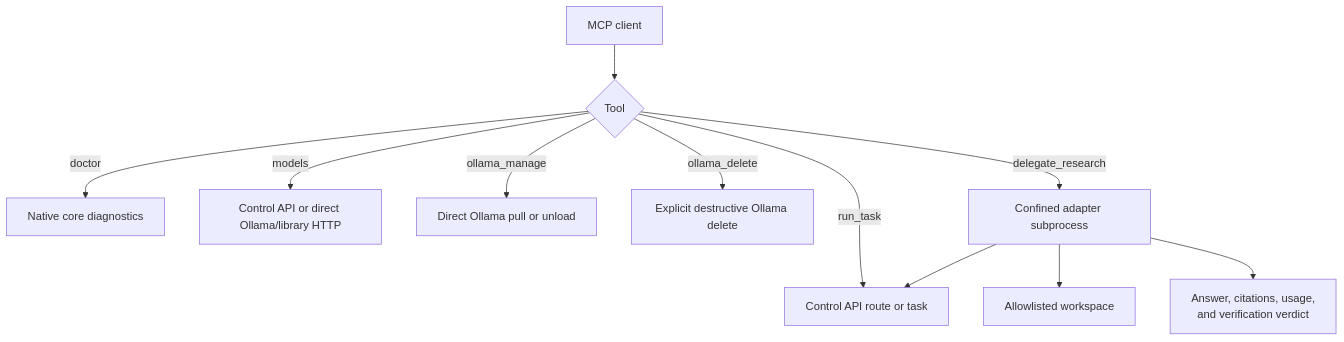
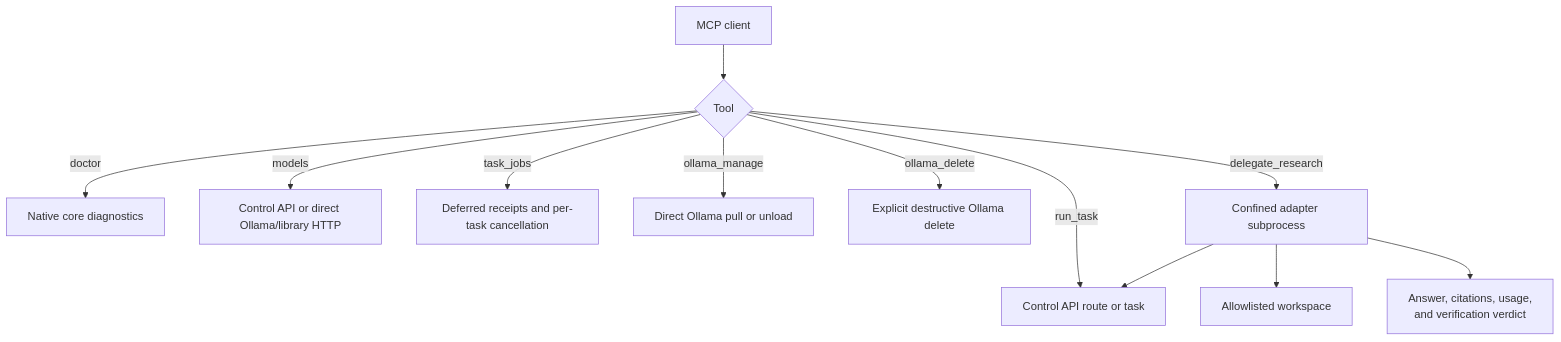
One commit to bgauryy/FreeLlama changed the eighth of 10 diagrams in docs/ARCHITECTURE.md. Above: the diagram before and after it, drawn with Mermaid. The commit also changed other lines of this file and 229 other files, not shown here.

````diff
--- a/docs/ARCHITECTURE.md
+++ b/docs/ARCHITECTURE.md
@@ -314,13 +426,14 @@
 ```mermaid
 flowchart TD
     MC["MCP client"] --> TOOL{"Tool"}
     TOOL -->|"doctor"| NAPI["Native core diagnostics"]
     TOOL -->|"models"| MIX["Control API or direct Ollama/library HTTP"]
     TOOL -->|"run_task"| TASK["Control API route or task"]
+    TOOL -->|"task_jobs"| JOB["Deferred receipts and per-task cancellation"]
     TOOL -->|"ollama_manage"| LIFE["Direct Ollama pull or unload"]
     TOOL -->|"ollama_delete"| DELETE["Explicit destructive Ollama delete"]
     TOOL -->|"delegate_research"| AD["Confined adapter subprocess"]
     AD --> FS["Allowlisted workspace"]
     AD --> TASK
     AD --> VER["Answer, citations, usage,<br/>and verification verdict"]
 ```
````
